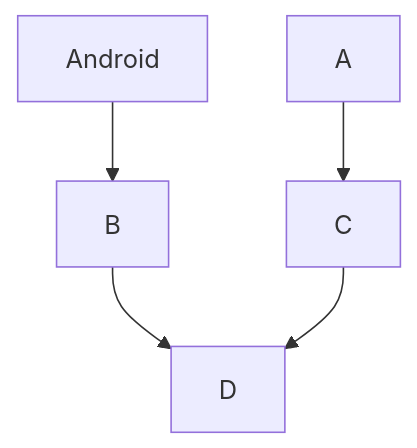
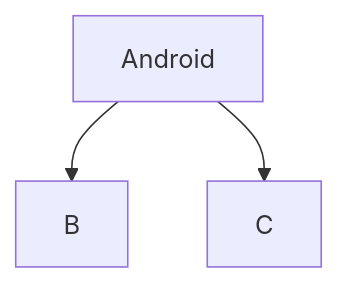
The diagram in README.md (anurag-bit/test_doc), drawn with Mermaid before and after one commit.

````diff
--- a/README.md
+++ b/README.md
@@ -20,8 +20,7 @@
 ```mermaid
 graph TD;
     Android-->B;
-    A-->C;
-    B-->D;
-    C-->D;
+    Android-->C;
+   
     
 ```
````
